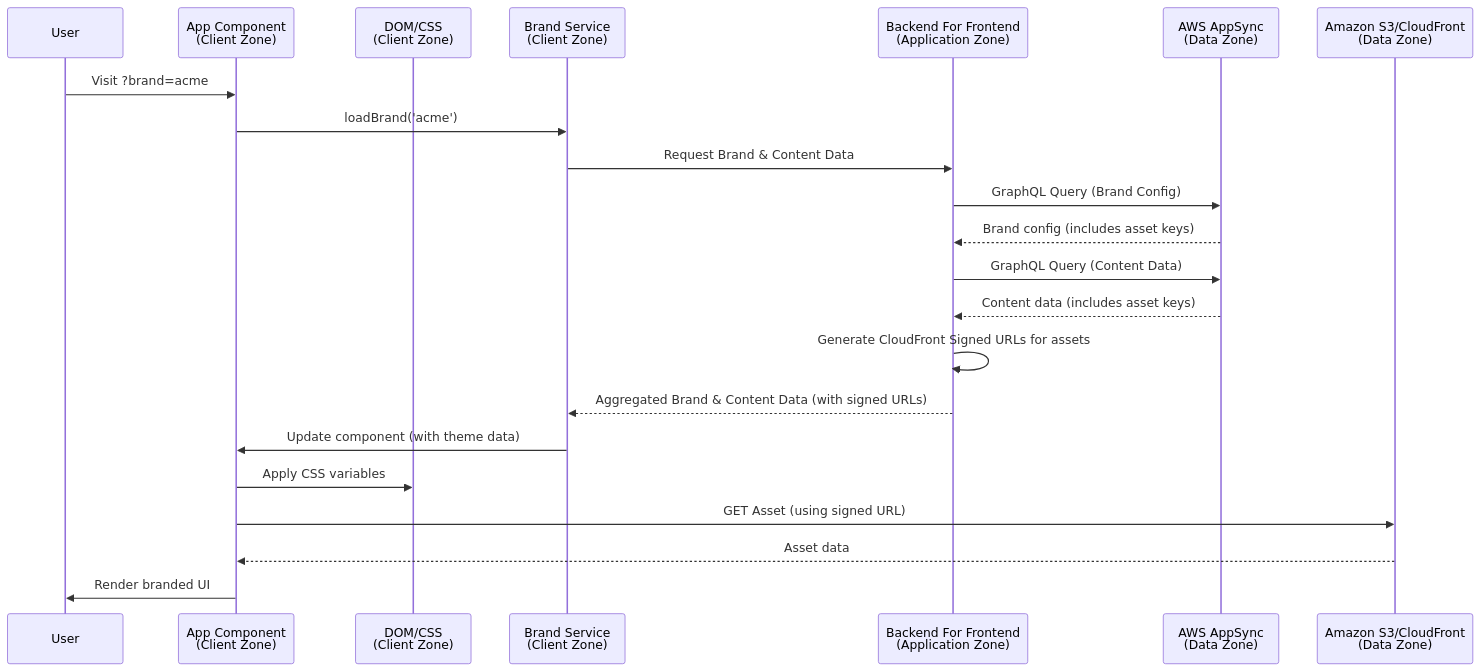
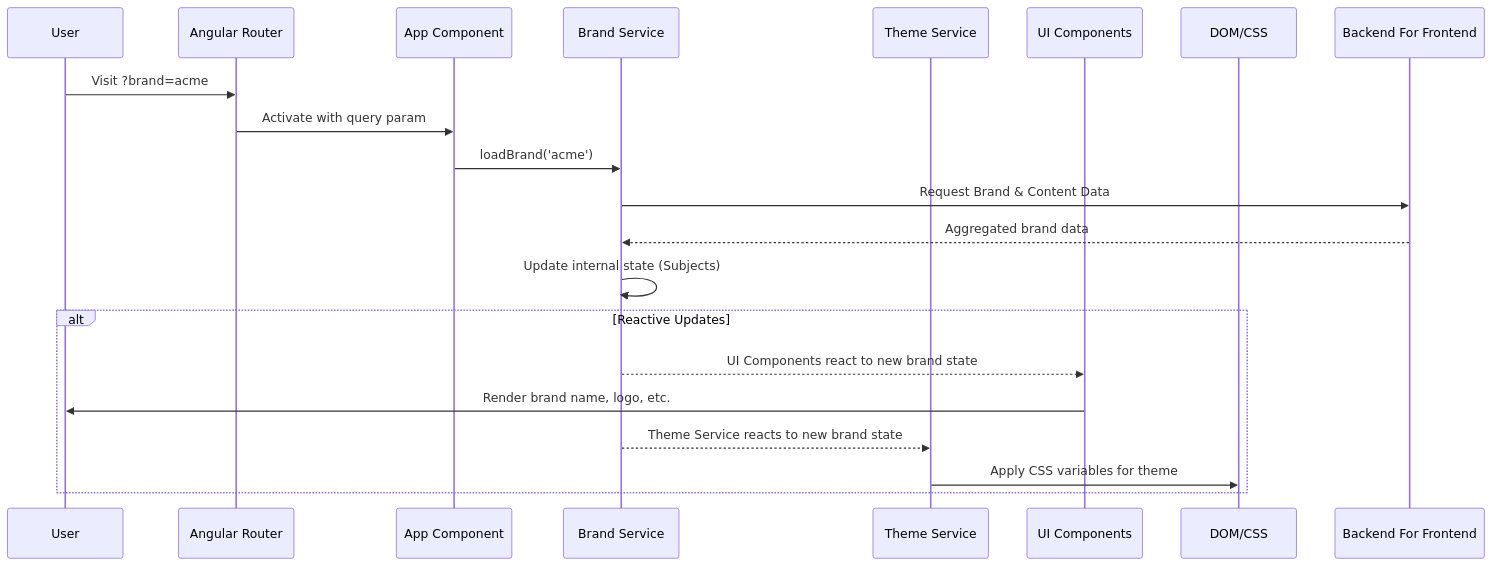
Before and after one commit to taji/ng-multi-brand: the second of 2 diagrams in architecture/architecture.md, drawn with Mermaid. The commit also changed 8 other files, not shown here.

````diff
--- a/architecture/architecture.md
+++ b/architecture/architecture.md
@@ -58,25 +58,26 @@
 ```mermaid
 sequenceDiagram
     participant U as User
-    participant A as App Component<br>(Client Zone)
-    participant DOM as DOM/CSS<br>(Client Zone)
-    participant BS as Brand Service<br>(Client Zone)
-    participant BFF as Backend For Frontend<br>(Application Zone)
-    participant AS as AWS AppSync<br>(Data Zone)
-    participant S3CF as Amazon S3/CloudFront<br>(Data Zone)
-    
-    U->>A: Visit ?brand=acme
+    participant R as Angular Router
+    participant A as App Component
+    participant BS as Brand Service
+    participant TS as Theme Service
+    participant UI as UI Components
+    participant DOM as DOM/CSS
+    participant BFF as Backend For Frontend
+
+    U->>R: Visit ?brand=acme
+    R->>A: Activate with query param
     A->>BS: loadBrand('acme')
     BS->>BFF: Request Brand & Content Data
-    BFF->>AS: GraphQL Query (Brand Config)
-    AS-->>BFF: Brand config (includes asset keys)
-    BFF->>AS: GraphQL Query (Content Data)
-    AS-->>BFF: Content data (includes asset keys)
-    BFF->>BFF: Generate CloudFront Signed URLs for assets
-    BFF-->>BS: Aggregated Brand & Content Data (with signed URLs)
-    BS->>A: Update component (with theme data)
-    A->>DOM: Apply CSS variables
-    A->>S3CF: GET Asset (using signed URL)
-    S3CF-->>A: Asset data
-    A->>U: Render branded UI
+    BFF-->>BS: Aggregated brand data
+    BS->>BS: Update internal state (Subjects)
+
+    alt Reactive Updates
+        BS-->>UI: UI Components react to new brand state
+        UI->>U: Render brand name, logo, etc.
+
+        BS-->>TS: Theme Service reacts to new brand state
+        TS->>DOM: Apply CSS variables for theme
+    end
 ```
````
